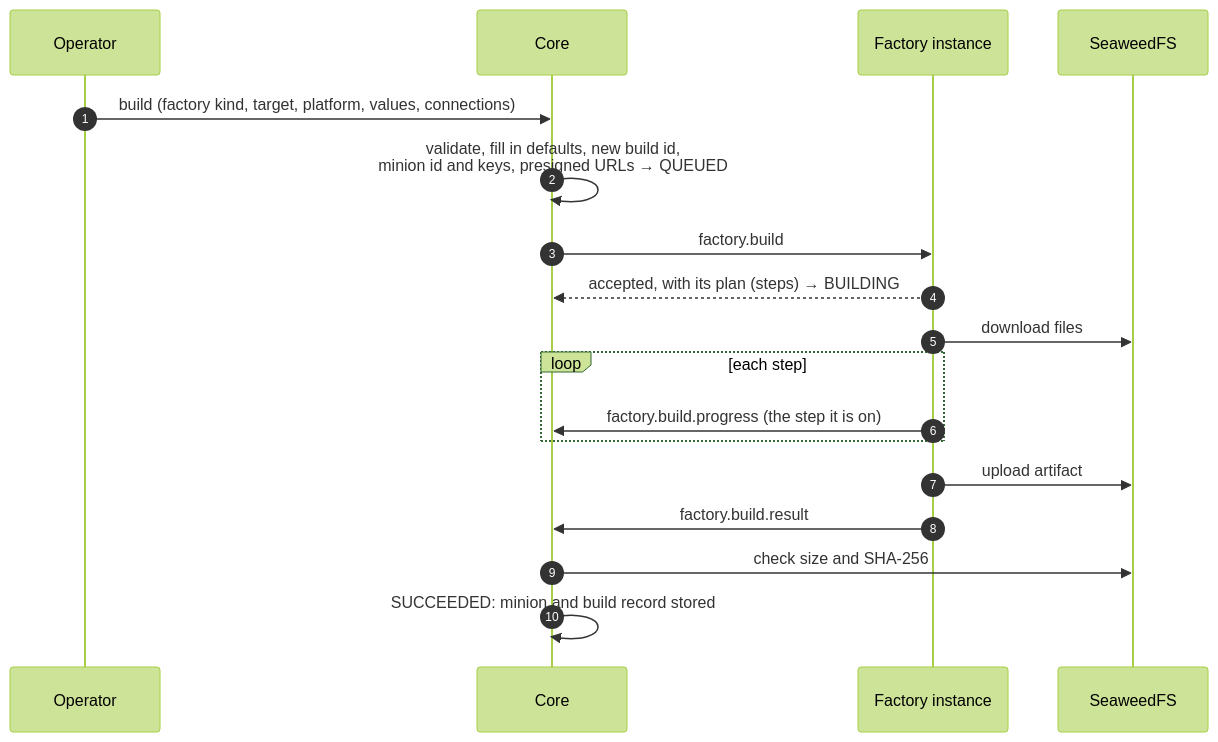
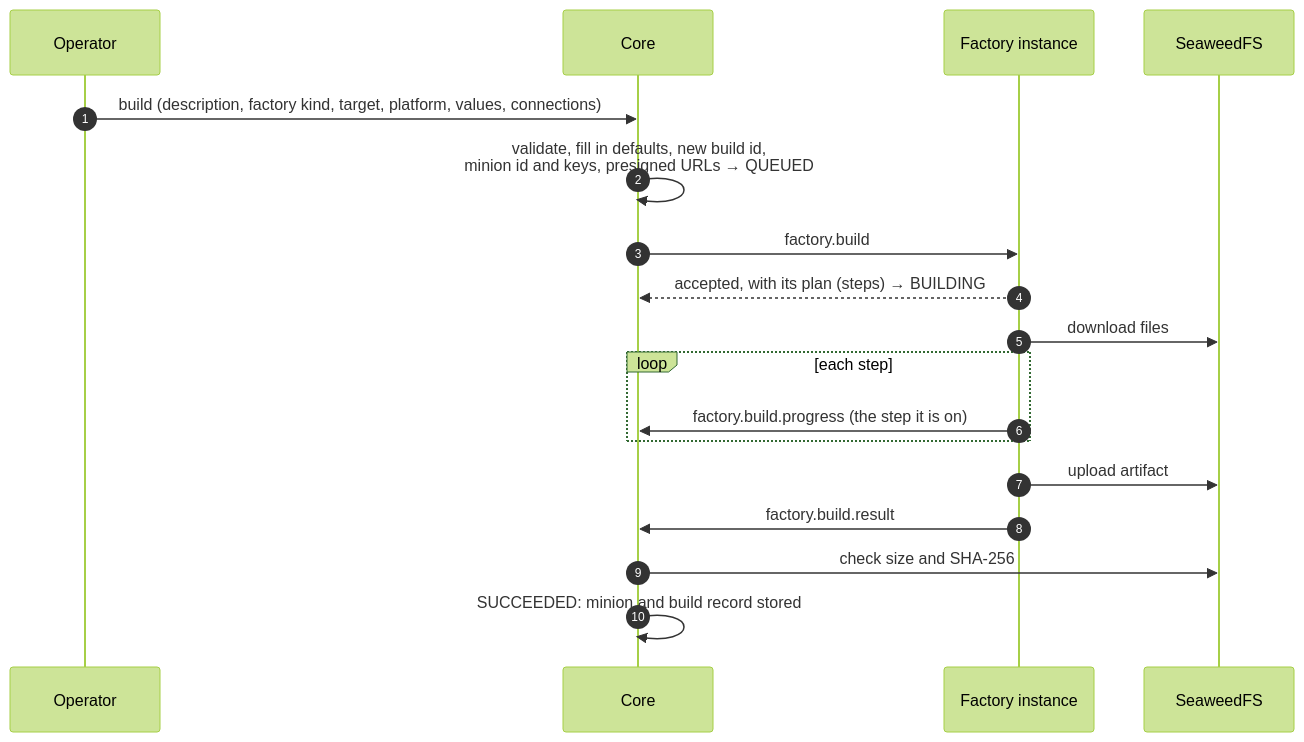
Before and after one commit to LogosCore/logos-docs: the second of 2 diagrams in src/content/docs/contracts/minion-build.md, drawn with Mermaid (forest theme). The commit also changed other lines of this file, not shown here.

First line of the commit message:
Minion Build: a required build description, kept in core

````diff
--- a/src/content/docs/contracts/minion-build.md
+++ b/src/content/docs/contracts/minion-build.md
@@ -213,20 +213,20 @@
 ```mermaid
 sequenceDiagram
     autonumber
     participant OP as Operator
     participant CORE as Core
     participant F as Factory instance
     participant S3 as SeaweedFS
-    OP->>CORE: build (factory kind, target, platform, values, connections)
+    OP->>CORE: build (description, factory kind, target, platform, values, connections)
     CORE->>CORE: validate, fill in defaults, new build id,<br/>minion id and keys, presigned URLs → QUEUED
     CORE->>F: factory.build
     F-->>CORE: accepted, with its plan (steps) → BUILDING
     F->>S3: download files
     loop each step
         F->>CORE: factory.build.progress (the step it is on)
     end
     F->>S3: upload artifact
     F->>CORE: factory.build.result
     CORE->>S3: check size and SHA-256
     CORE->>CORE: SUCCEEDED: minion and build record stored
 ```
````
